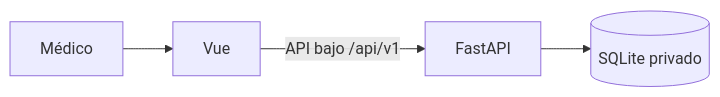
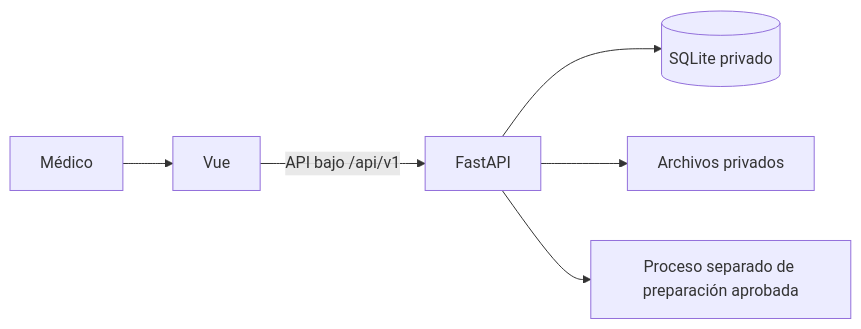
The diagram in app/README.md (AlonsoYess/Knee), drawn with Mermaid before and after one commit. The commit also changed other lines of this file and 47 other files, not shown here.

````diff
--- a/app/README.md
+++ b/app/README.md
@@ -7,6 +9,8 @@
 ```mermaid
 flowchart LR
     U[Médico] --> V[Vue]
     V -->|API bajo /api/v1| F[FastAPI]
     F --> S[(SQLite privado)]
+    F --> A[Archivos privados]
+    F --> P[Proceso separado de preparación aprobada]
 ```
````
